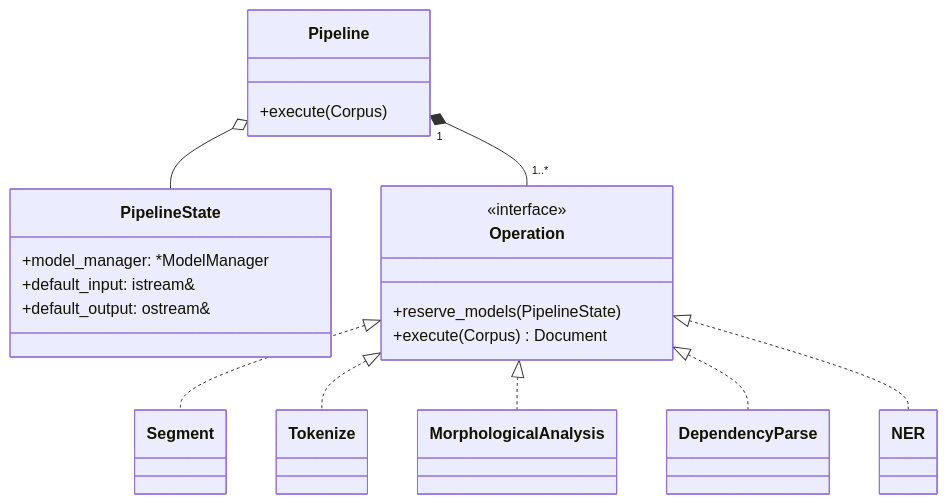
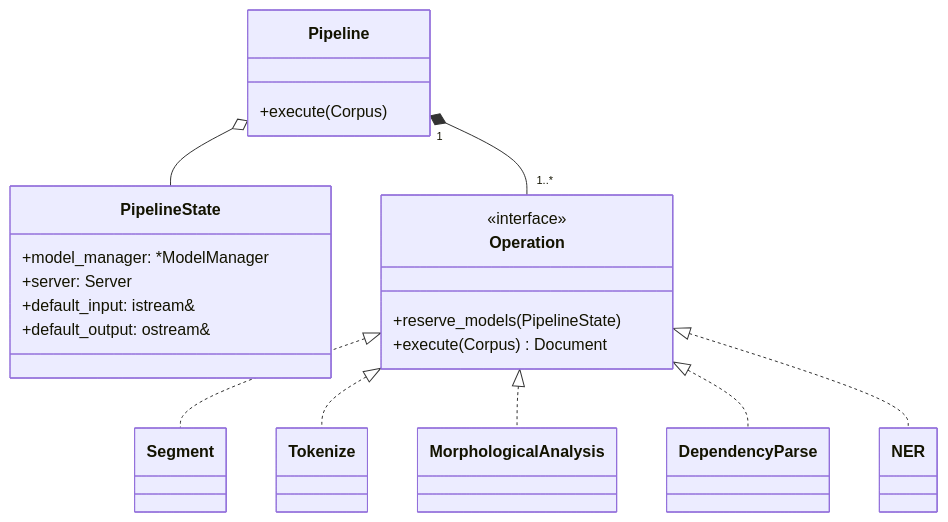
The third of 8 diagrams in docs/src/dev/architecture.md (ufal/linpipe), drawn with Mermaid before and after one commit. The commit also changed other lines of this file, not shown here.

Commit message:
Add `Server` for cloud-based processing.

````diff
--- a/docs/src/dev/architecture.md
+++ b/docs/src/dev/architecture.md
@@ -97,33 +98,34 @@
 ```mermaid
 classDiagram
   class Pipeline {
     +execute(Corpus)
   }
 
   class PipelineState {
     +model_manager: *ModelManager
+    +server: Server
     +default_input: istream&
     +default_output: ostream&
   }
 
   class Operation {
     <<interface>>
     +reserve_models(PipelineState)
     +execute(Corpus) Document
   }
 
   Pipeline "1" *-- "1..*" Operation
   Pipeline o-- PipelineState
 
   class Segment
   class Tokenize
   class MorphologicalAnalysis
   class DependencyParse
   class NER
 
   Operation <|.. Segment
   Operation <|.. Tokenize
   Operation <|.. MorphologicalAnalysis
   Operation <|.. DependencyParse
   Operation <|.. NER
 ```
````
